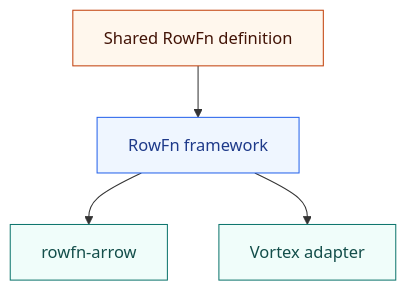
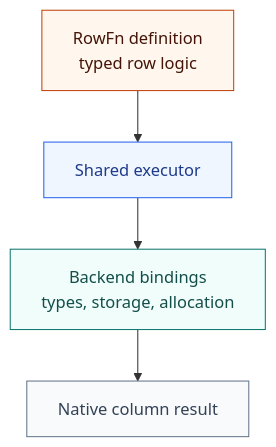
Before and after one commit to spiraldb/rowfn: the diagram in README.md, drawn with Mermaid. The commit also changed other lines of this file and 14 other files, not shown here.

Commit message:
Describe RowFn as a backend-independent framework

````diff
--- a/README.md
+++ b/README.md
@@ -11,13 +11,14 @@
 ```mermaid
 flowchart TB
-    F["Shared RowFn definition"] --> E["RowFn framework"]
-    E --> A["rowfn-arrow"]
-    E --> V["Vortex adapter"]
+    F["RowFn definition<br/>typed row logic"] --> E["Shared executor"]
+    E --> B["Backend bindings<br/>types, storage, allocation"]
+    B --> C["Native column result"]
     class F function
     class E core
-    class A,V host
+    class B host
+    class C data
     classDef function fill:#fff7ed,stroke:#c2410c,color:#431407
     classDef core fill:#eff6ff,stroke:#2563eb,color:#1e3a8a
     classDef host fill:#f0fdfa,stroke:#0f766e,color:#134e4a
     classDef data fill:#f8fafc,stroke:#64748b,color:#334155
 ```
````
